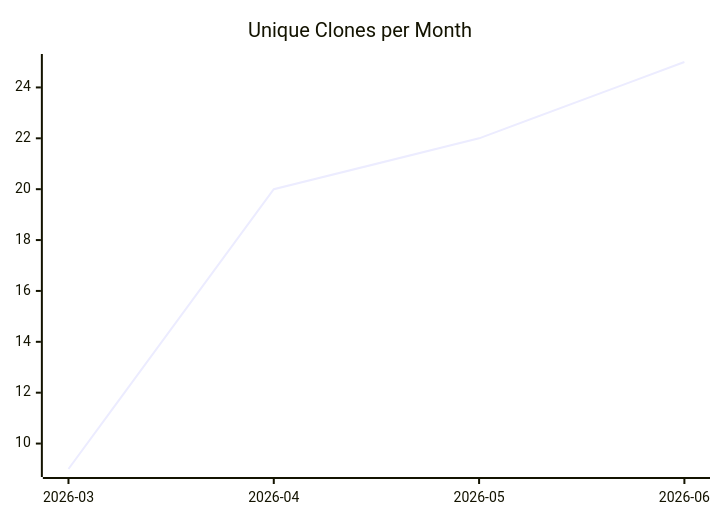
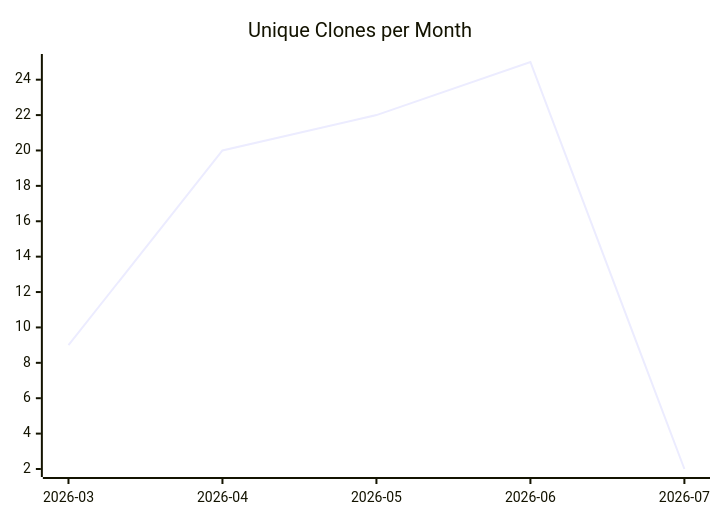
The third of 3 diagrams in karlmdavis/kxml2/README.md (justdavis-family/github-analytics-data), drawn with Mermaid before and after one commit. The commit also changed other lines of this file and 199 other files, not shown here.

````diff
--- a/karlmdavis/kxml2/README.md
+++ b/karlmdavis/kxml2/README.md
@@ -19,6 +19,6 @@
 ```mermaid
 xychart-beta
   title "Unique Clones per Month"
-  x-axis ["2026-03", "2026-04", "2026-05", "2026-06"]
-  line [9, 20, 22, 25]
+  x-axis ["2026-03", "2026-04", "2026-05", "2026-06", "2026-07"]
+  line [9, 20, 22, 25, 2]
 ```
````
